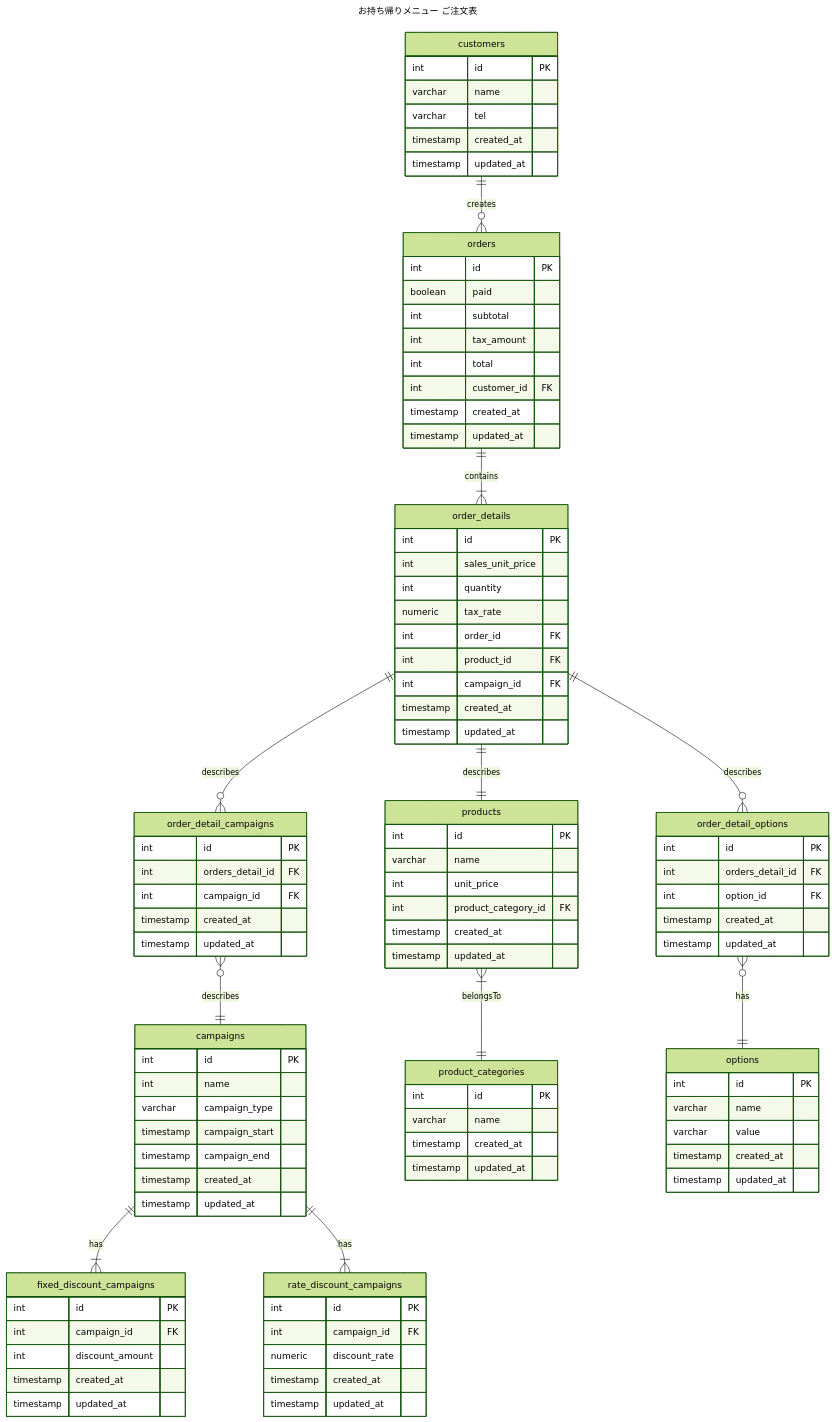
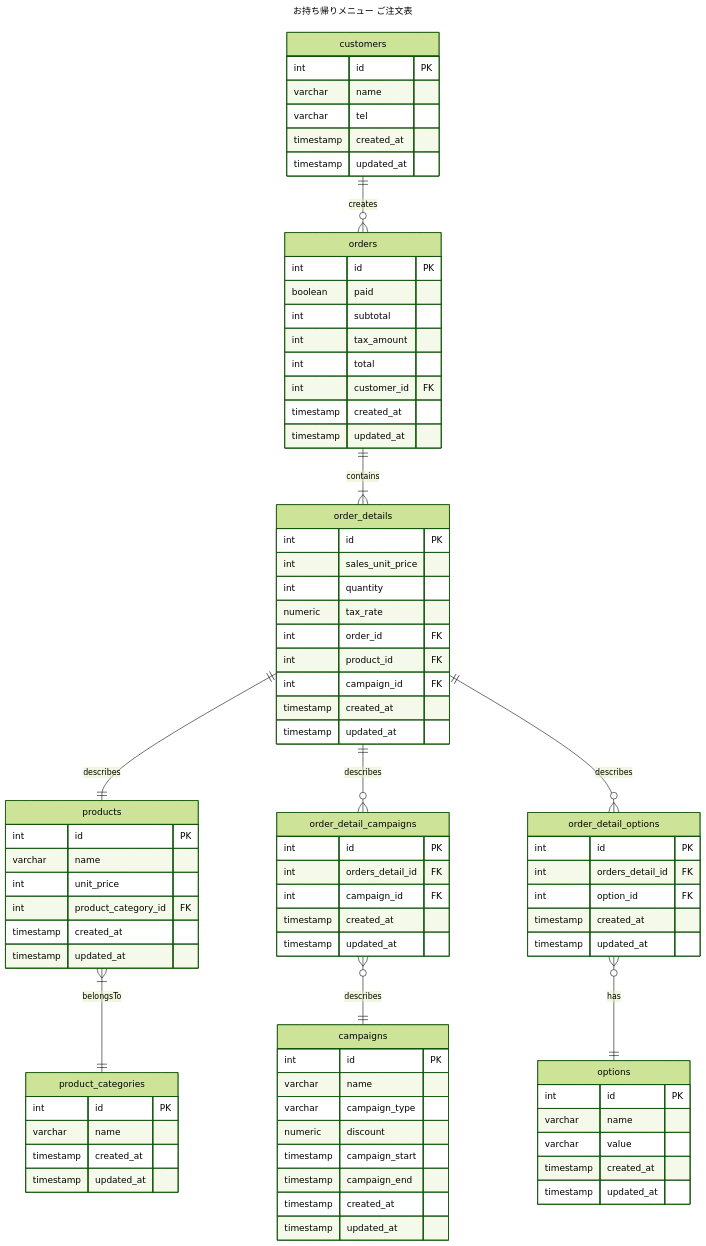
Before and after one commit to ttakuma17/til: the diagram in db/modeling/1/2-3.md, drawn with Mermaid (forest theme). The commit also changed other lines of this file, not shown here.

Commit message:
rateとamountでテーブルわけてたが、微妙なのでcampaignsテーブルに持たせる

```diff
--- a/db/modeling/1/2-3.md
+++ b/db/modeling/1/2-3.md
@@ -56,26 +55,11 @@
     }
     campaigns {
         int id PK
-        int name
+        varchar name
         varchar campaign_type
+        numeric discount
         timestamp campaign_start
         timestamp campaign_end
-        timestamp created_at
-        timestamp updated_at
-    }
-    campaigns ||--|{ fixed_discount_campaigns: has
-    fixed_discount_campaigns {
-        int id PK
-        int campaign_id FK
-        int discount_amount
-        timestamp created_at
-        timestamp updated_at
-    }
-    campaigns ||--|{ rate_discount_campaigns: has
-    rate_discount_campaigns {
-        int id PK
-        int campaign_id FK
-        numeric discount_rate
         timestamp created_at
         timestamp updated_at
     }
```
